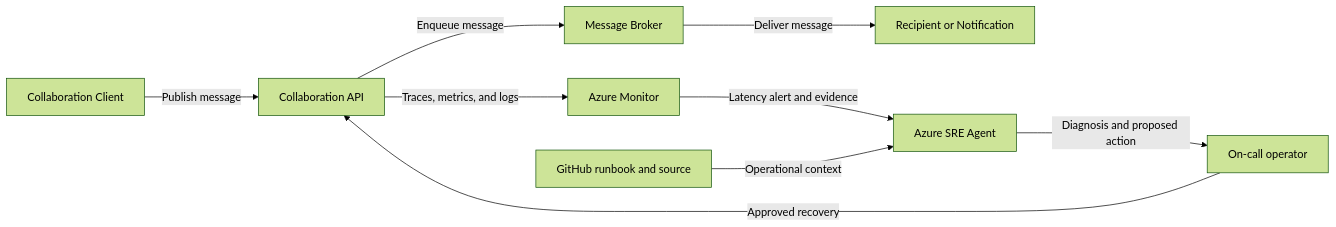
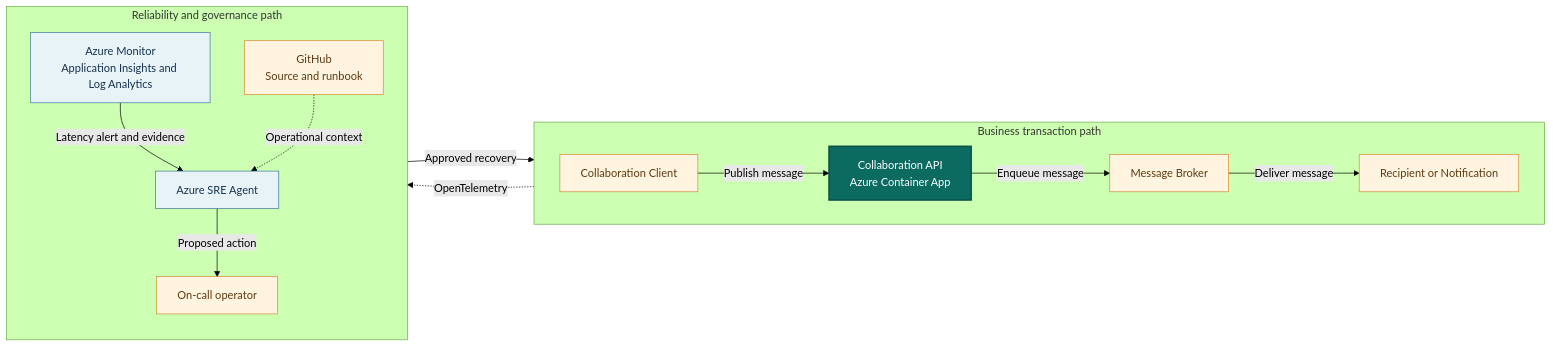
The diagram in runbooks/collaboration-api.md (KrishnaDistributedcomputing/SREAgentEnterpriseShowcase), drawn with Mermaid (forest theme) before and after one commit. The commit also changed other lines of this file and 14 other files, not shown here.

First line of the commit message:
docs(docs): refine system context diagrams

````diff
--- a/runbooks/collaboration-api.md
+++ b/runbooks/collaboration-api.md
@@ -32,11 +32,34 @@
 ```mermaid
 flowchart LR
-    Client[Collaboration Client] -->|Publish message| App[Collaboration API]
-    App -->|Enqueue message| Dependency[Message Broker]
-    Dependency -->|Deliver message| Recipient[Recipient or Notification]
-    App -->|Traces, metrics, and logs| Monitor[Azure Monitor]
-    Monitor -->|Latency alert and evidence| Agent[Azure SRE Agent]
-    Runbook[GitHub runbook and source] -->|Operational context| Agent
-    Agent -->|Diagnosis and proposed action| Operator[On-call operator]
-    Operator -->|Approved recovery| App
+    subgraph Business["Business transaction path"]
+        direction LR
+        Client["Collaboration Client"]
+        App["Collaboration API<br/>Azure Container App"]
+        Broker["Message Broker"]
+        Recipient["Recipient or Notification"]
+        Client -->|"Publish message"| App
+        App -->|"Enqueue message"| Broker
+        Broker -->|"Deliver message"| Recipient
+    end
+
+    subgraph Operations["Reliability and governance path"]
+        direction TB
+        Monitor["Azure Monitor<br/>Application Insights and Log Analytics"]
+        Agent["Azure SRE Agent"]
+        Operator["On-call operator"]
+        Repository["GitHub<br/>Source and runbook"]
+        Monitor -->|"Latency alert and evidence"| Agent
+        Repository -.->|"Operational context"| Agent
+        Agent -->|"Proposed action"| Operator
+    end
+
+    App -.->|"OpenTelemetry"| Monitor
+    Operator -->|"Approved recovery"| App
+
+    classDef application fill:#0b6b61,color:#ffffff,stroke:#064b45,stroke-width:2px
+    classDef azure fill:#e8f3f8,color:#16324f,stroke:#39789b
+    classDef external fill:#fff4df,color:#5b3a11,stroke:#d78a32
+    class App application
+    class Monitor,Agent azure
+    class Client,Broker,Recipient,Operator,Repository external
 ```
````
